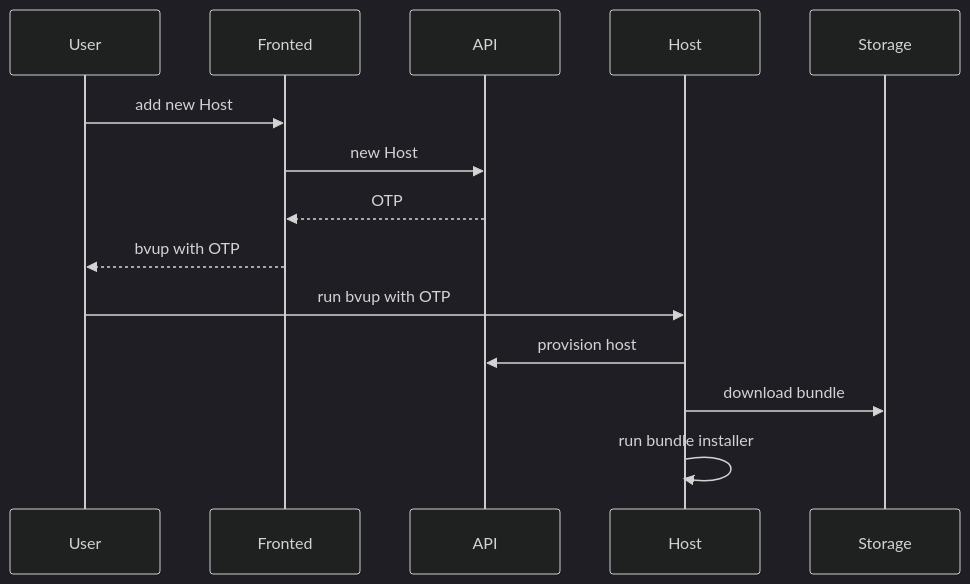
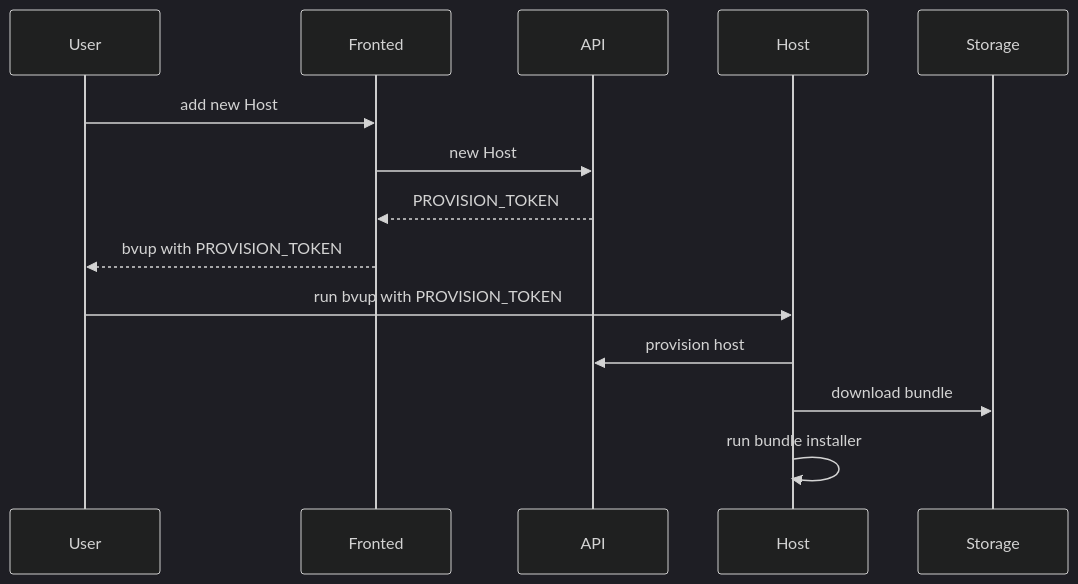
Before and after one commit to nodexeus/blockvisor: the first of 7 diagrams in README.md, drawn with Mermaid (dark theme). The commit also changed other lines of this file and 4 other files, not shown here.

Commit message:
feat: rename otp to provision_token

````diff
--- a/README.md
+++ b/README.md
@@ -91,17 +91,17 @@
 ```mermaid
 sequenceDiagram
     participant user as User
     participant frontend as Fronted
     participant backend as API
     participant host as Host
     participant storage as Storage
     
     user->>frontend: add new Host
     frontend->>backend: new Host
-    backend-->>frontend: OTP
-    frontend-->>user: bvup with OTP
-    user->>host: run bvup with OTP
+    backend-->>frontend: PROVISION_TOKEN
+    frontend-->>user: bvup with PROVISION_TOKEN
+    user->>host: run bvup with PROVISION_TOKEN
     host->>backend: provision host
     host->> storage: download bundle
     host->>host: run bundle installer
 ```
````
